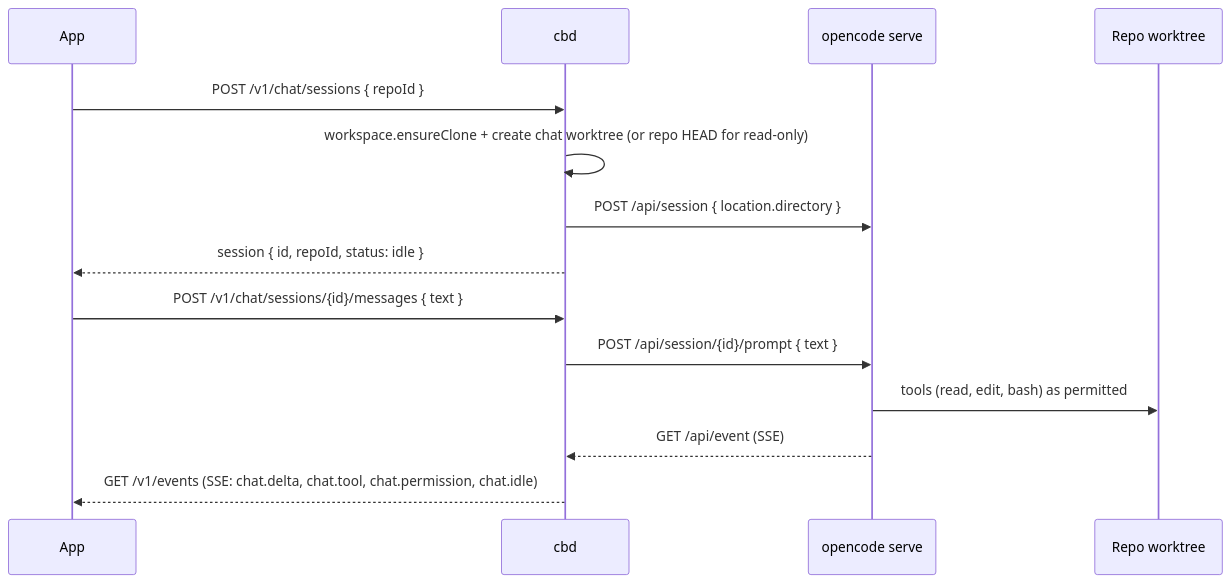
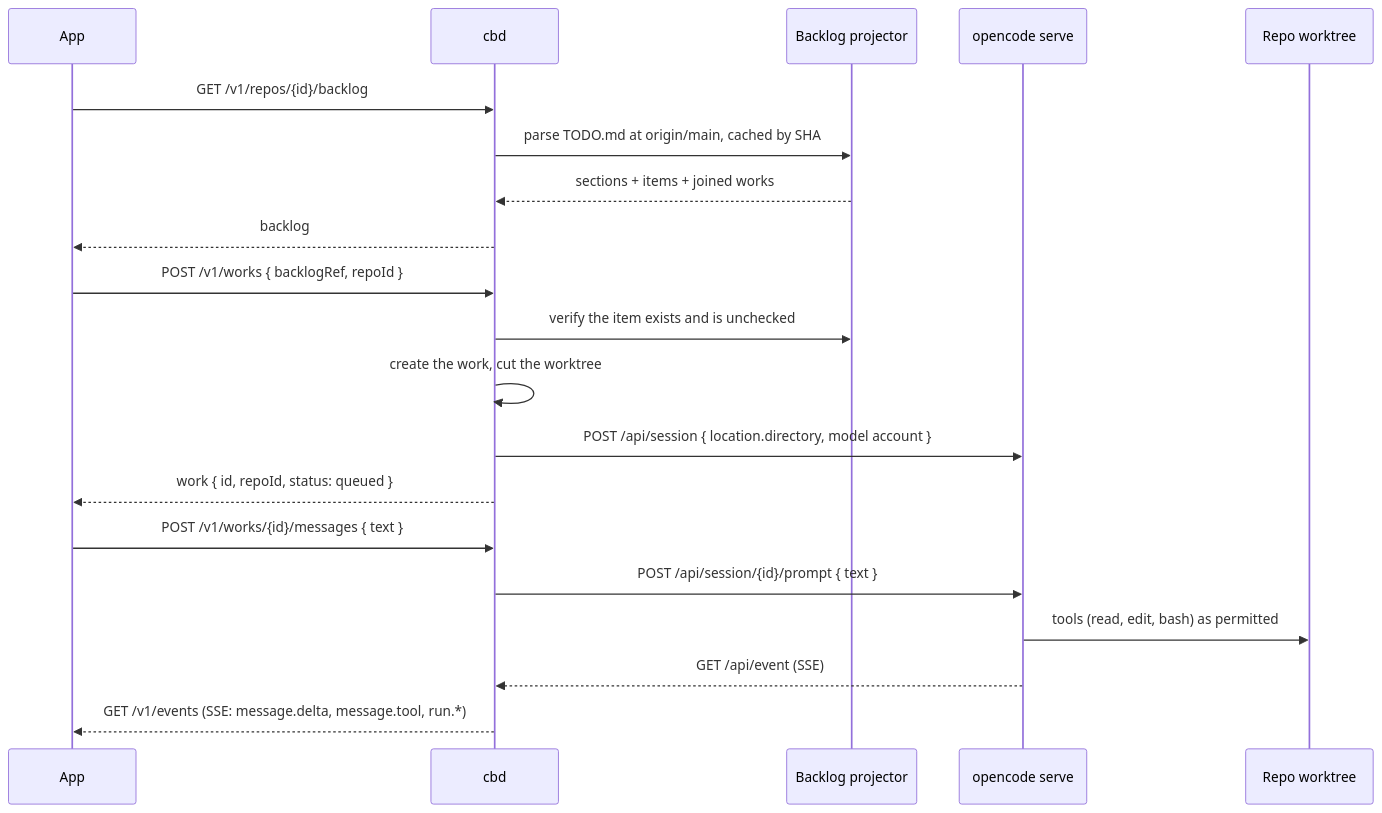
Before and after one commit to danihp6/codebox: the third of 5 diagrams in docs/architecture.md, drawn with Mermaid. The commit also changed other lines of this file and 16 other files, not shown here.

Commit message:
docs: make the work the unit and the backlog the list

````diff
--- a/docs/architecture.md
+++ b/docs/architecture.md
@@ -235,17 +242,23 @@
 ```mermaid
 sequenceDiagram
   participant A as App
   participant D as cbd
+  participant B as Backlog projector
   participant O as opencode serve
   participant R as Repo worktree
 
-  A->>D: POST /v1/chat/sessions { repoId }
-  D->>D: workspace.ensureClone + create chat worktree (or repo HEAD for read-only)
-  D->>O: POST /api/session { location.directory }
-  D-->>A: session { id, repoId, status: idle }
-  A->>D: POST /v1/chat/sessions/{id}/messages { text }
+  A->>D: GET /v1/repos/{id}/backlog
+  D->>B: parse TODO.md at origin/main, cached by SHA
+  B-->>D: sections + items + joined works
+  D-->>A: backlog
+  A->>D: POST /v1/works { backlogRef, repoId }
+  D->>B: verify the item exists and is unchecked
+  D->>D: create the work, cut the worktree
+  D->>O: POST /api/session { location.directory, model account }
+  D-->>A: work { id, repoId, status: queued }
+  A->>D: POST /v1/works/{id}/messages { text }
   D->>O: POST /api/session/{id}/prompt { text }
   O->>R: tools (read, edit, bash) as permitted
   O-->>D: GET /api/event (SSE)
-  D-->>A: GET /v1/events (SSE: chat.delta, chat.tool, chat.permission, chat.idle)
+  D-->>A: GET /v1/events (SSE: message.delta, message.tool, run.*)
 ```
````
